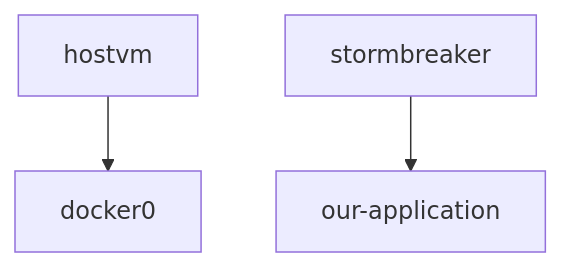
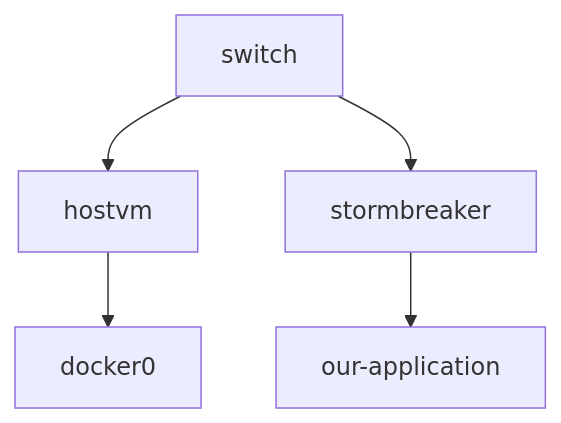
Before and after one commit to spawnmarvel/learning-docker: the fifth of 5 diagrams in 1-getting-started-guide/README-3-docker-network.md, drawn with Mermaid.

Commit message:
network chuck

````diff
--- a/1-getting-started-guide/README-3-docker-network.md
+++ b/1-getting-started-guide/README-3-docker-network.md
@@ -328,6 +328,8 @@
 ```mermaid
 graph TD;
+    switch-->hostvm;
+    switch-->stormbreaker;
     hostvm-->docker0;
     stormbreaker-->our-application
     
 ```
````
